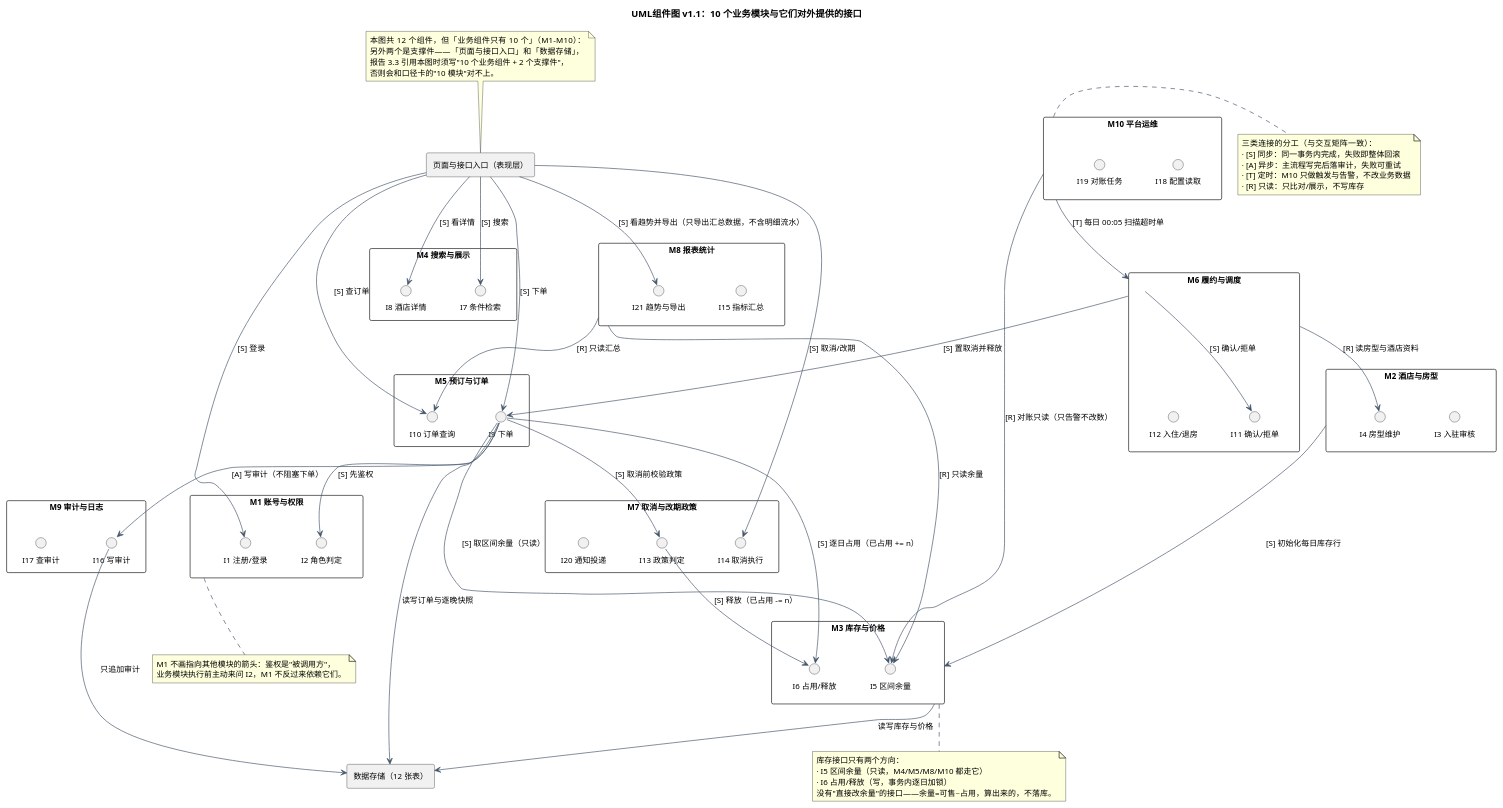
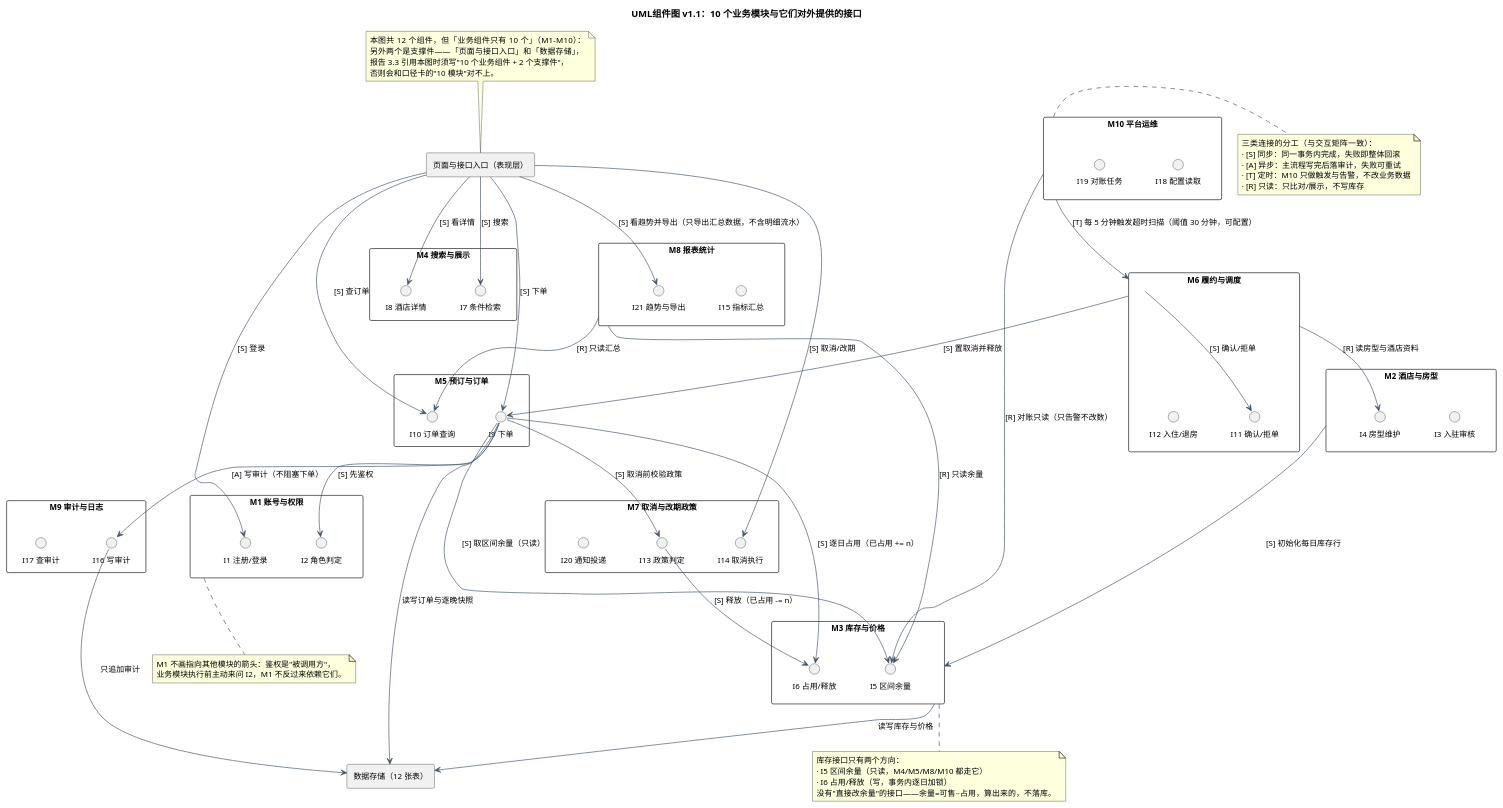
One commit to ChenYiFanAccount/softeng-lab1-requirements changed the diagram in exp2/UML/UML组件图.puml. Above: the diagram before and after it, drawn with PlantUML. The commit also changed 7 other files, not shown here.

```diff
--- a/exp2/UML/UML组件图.puml
+++ b/exp2/UML/UML组件图.puml
@@ -1,132 +1,132 @@
 @startuml
 ' 版本：v1.1（2026-11-12，S2 复验校正：接口 21 个、给 I21 补连线）
 ' 口径来源：exp2/设计基线/02_模块划分与交互.md §2 模块卡片（对外接口）、§3 交互矩阵（S/A/T/R）
 ' 画法：10 个业务模块各画成一个组件，组件框内列出它对外提供的具名接口（共 21 个）；
 ' 组件之间的箭头一律带 [S]/[A]/[T]/[R] 与接口名，与交互矩阵逐格对应。
 title UML组件图 v1.1：10 个业务模块与它们对外提供的接口
 
 skinparam shadowing false
 skinparam defaultFontSize 12
 skinparam componentStyle rectangle
 skinparam ArrowColor #44546A
 
 component "页面与接口入口（表现层）" as WEB
 
 component "M1 账号与权限" as M1 {
   interface "I1 注册/登录" as I1
   interface "I2 角色判定" as I2
 }
 
 component "M2 酒店与房型" as M2 {
   interface "I3 入驻审核" as I3
   interface "I4 房型维护" as I4
 }
 
 component "M3 库存与价格" as M3 {
   interface "I5 区间余量" as I5
   interface "I6 占用/释放" as I6
 }
 
 component "M4 搜索与展示" as M4 {
   interface "I7 条件检索" as I7
   interface "I8 酒店详情" as I8
 }
 
 component "M5 预订与订单" as M5 {
   interface "I9 下单" as I9
   interface "I10 订单查询" as I10
 }
 
 component "M6 履约与调度" as M6 {
   interface "I11 确认/拒单" as I11
   interface "I12 入住/退房" as I12
 }
 
 component "M7 取消与改期政策" as M7 {
   interface "I13 政策判定" as I13
   interface "I14 取消执行" as I14
   interface "I20 通知投递" as I20
 }
 
 component "M8 报表统计" as M8 {
   interface "I15 指标汇总" as I15
   interface "I21 趋势与导出" as I21
 }
 
 component "M9 审计与日志" as M9 {
   interface "I16 写审计" as I16
   interface "I17 查审计" as I17
 }
 
 component "M10 平台运维" as M10 {
   interface "I18 配置读取" as I18
   interface "I19 对账任务" as I19
 }
 
 component "数据存储（12 张表）" as DB
 
 ' ---------- 入口 → 业务模块 ----------
 WEB --> I1 : [S] 登录
 WEB --> I7 : [S] 搜索
 WEB --> I8 : [S] 看详情
 WEB --> I9 : [S] 下单
 WEB --> I10 : [S] 查订单
 WEB --> I14 : [S] 取消/改期
 WEB --> I21 : [S] 看趋势并导出（只导出汇总数据，不含明细流水）
 
 ' ---------- 下单链路 ----------
 I9 --> I2 : [S] 先鉴权
 I9 --> I5 : [S] 取区间余量（只读）
 I9 --> I6 : [S] 逐日占用（已占用 += n）
 I9 --> I16 : [A] 写审计（不阻塞下单）
 
 ' ---------- 取消 / 超时释放 ----------
 I9 --> I13 : [S] 取消前校验政策
 I13 --> I6 : [S] 释放（已占用 -= n）
-M10 --> M6 : [T] 每日 00:05 扫描超时单
+M10 --> M6 : [T] 每 5 分钟触发超时扫描（阈值 30 分钟，可配置）
 M6 --> I9 : [S] 置取消并释放
 
 ' ---------- 履约 ----------
 M6 --> I4 : [R] 读房型与酒店资料
 M6 --> I11 : [S] 确认/拒单
 
 ' ---------- 库存维护 ----------
 M2 --> M3 : [S] 初始化每日库存行
 
 ' ---------- 只读侧 ----------
 M8 --> I10 : [R] 只读汇总
 M8 --> I5 : [R] 只读余量
 M10 --> I5 : [R] 对账只读（只告警不改数）
 
 ' ---------- 持久化 ----------
 M3 --> DB : 读写库存与价格
 I9 --> DB : 读写订单与逐晚快照
 I16 --> DB : 只追加审计
 
 note right of M10
   三类连接的分工（与交互矩阵一致）：
   · [S] 同步：同一事务内完成，失败即整体回滚
   · [A] 异步：主流程写完后落审计，失败可重试
   · [T] 定时：M10 只做触发与告警，不改业务数据
   · [R] 只读：只比对/展示，不写库存
 end note
 
 note bottom of M3
   库存接口只有两个方向：
   · I5 区间余量（只读，M4/M5/M8/M10 都走它）
   · I6 占用/释放（写，事务内逐日加锁）
   没有"直接改余量"的接口——余量=可售−占用，算出来的，不落库。
 end note
 
 note bottom of M1
   M1 不画指向其他模块的箭头：鉴权是"被调用方"，
   业务模块执行前主动来问 I2，M1 不反过来依赖它们。
 end note
 
 note top of WEB
   本图共 12 个组件，但「业务组件只有 10 个」（M1–M10）：
   另外两个是支撑件——「页面与接口入口」和「数据存储」，
   报告 3.3 引用本图时须写"10 个业务组件 + 2 个支撑件"，
   否则会和口径卡的"10 模块"对不上。
 end note
 @enduml
```
